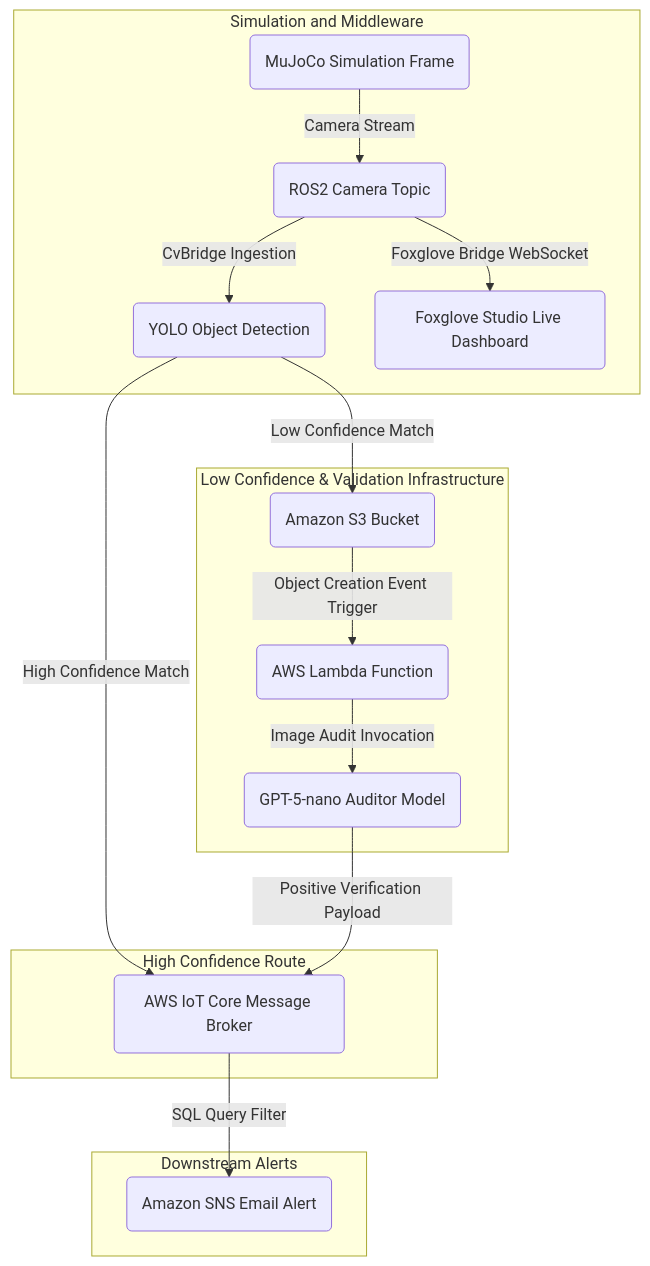
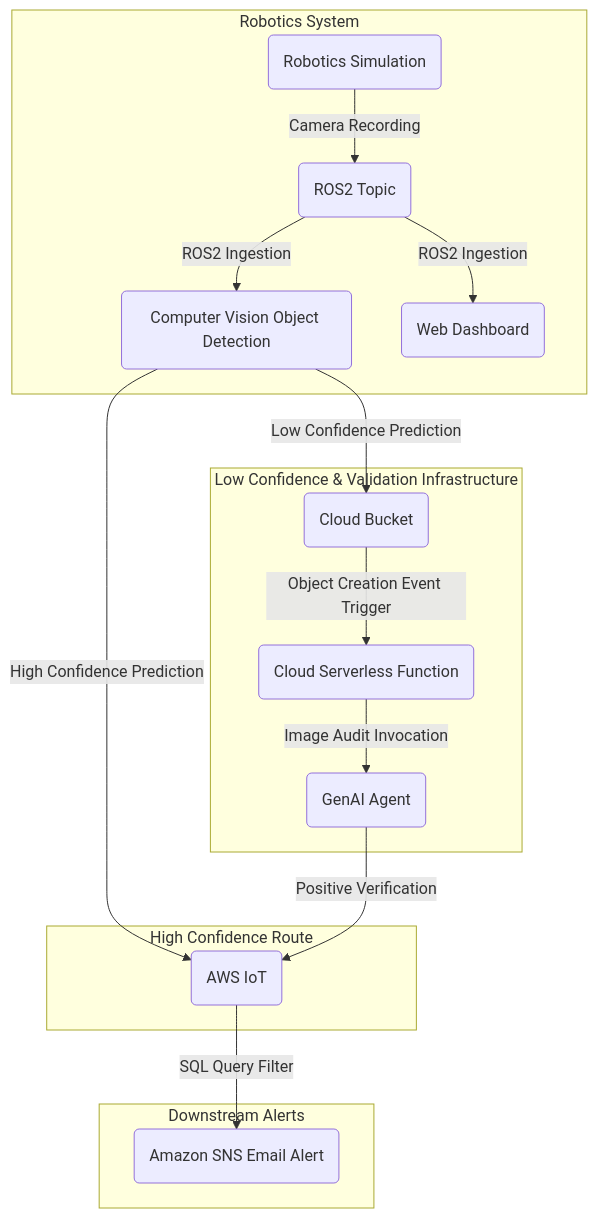
The diagram in README.md (manuelftech/physical-ai-control), drawn with Mermaid before and after one commit. The commit also changed other lines of this file and 2 other files, not shown here.

````diff
--- a/README.md
+++ b/README.md
@@ -33,23 +26,23 @@
 ```mermaid
 graph TD
-    subgraph Simulation and Middleware
-        MUJOCO("MuJoCo Simulation Frame") --> |Camera Stream| ROS2("ROS2 Camera Topic")
-        ROS2 --> |CvBridge Ingestion| YOLO("YOLO Object Detection")
-        ROS2 --> |Foxglove Bridge WebSocket| FOXGLOVE("Foxglove Studio Live Dashboard")
+    subgraph Robotics System
+        MUJOCO("Robotics Simulation") --> |Camera Recording| ROS2("ROS2 Topic")
+        ROS2 --> |ROS2 Ingestion| ComputerVision("Computer Vision Object Detection")
+        ROS2 --> |ROS2 Ingestion| WebDashboard("Web Dashboard")
     end
 
     subgraph High Confidence Route
-        YOLO --> |High Confidence Match| IOT("AWS IoT Core Message Broker")
+        ComputerVision --> |High Confidence Prediction| IOT("AWS IoT")
     end
 
     subgraph Low Confidence & Validation Infrastructure
-        YOLO --> |Low Confidence Match| S3("Amazon S3 Bucket")
-        S3 --> |Object Creation Event Trigger| LAMBDA("AWS Lambda Function")
-        LAMBDA --> |Image Audit Invocation| CHATGPT("GPT-5-nano Auditor Model")
-        CHATGPT --> |Positive Verification Payload| IOT
+        ComputerVision --> |Low Confidence Prediction| Bucket("Cloud Bucket")
+        Bucket --> |Object Creation Event Trigger| ServerlessFunction("Cloud Serverless Function")
+        ServerlessFunction --> |Image Audit Invocation| GenAIAgent("GenAI Agent")
+        GenAIAgent --> |Positive Verification| IOT
     end
 
     subgraph Downstream Alerts
         IOT --> |SQL Query Filter| SNS("Amazon SNS Email Alert")
     end
 ```
````
